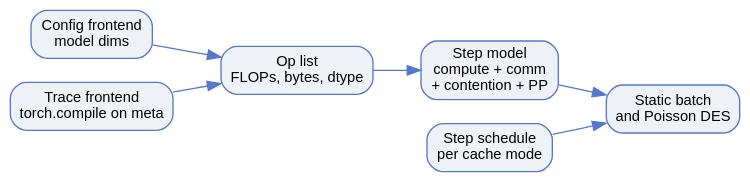
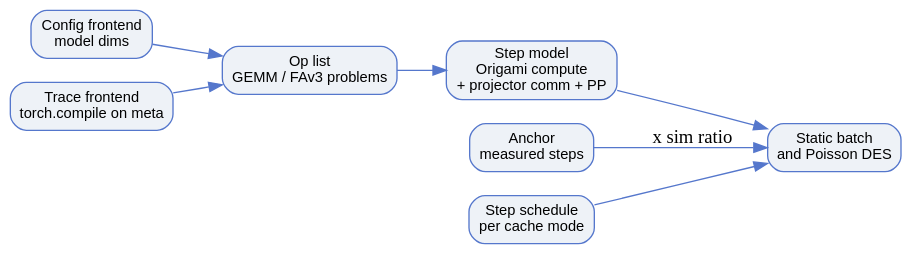
The diagram in manual/simulation/dllm.md (AMD-AGI/Infera), drawn with Graphviz before and after one commit. The commit also changed other lines of this file and 15 other files, not shown here.

First line of the commit message:
inferasim dllm: Origami kernels, the projector's comm model, anchored mode

````diff
--- a/manual/simulation/dllm.md
+++ b/manual/simulation/dllm.md
@@ -43,11 +44,12 @@
 ```{graphviz}
 digraph dllm {
   rankdir=LR; bgcolor="transparent";
   node [shape=box style="rounded,filled" fillcolor="#eef2f7" color="#5577cc" fontname="Helvetica,Arial,sans-serif" fontsize=11];
   edge [color="#5577cc"];
   CFG [label="Config frontend\nmodel dims"]; TR [label="Trace frontend\ntorch.compile on meta"];
-  OPS [label="Op list\nFLOPs, bytes, dtype"]; ST [label="Step model\ncompute + comm\n+ contention + PP"];
+  OPS [label="Op list\nGEMM / FAv3 problems"]; ST [label="Step model\nOrigami compute\n+ projector comm + PP"];
+  ANC [label="Anchor\nmeasured steps"];
   WL [label="Step schedule\nper cache mode"]; SIM [label="Static batch\nand Poisson DES"];
-  CFG -> OPS; TR -> OPS; OPS -> ST; WL -> SIM; ST -> SIM;
+  CFG -> OPS; TR -> OPS; OPS -> ST; WL -> SIM; ST -> SIM; ANC -> SIM [label="x sim ratio"];
 }
 ```
````
